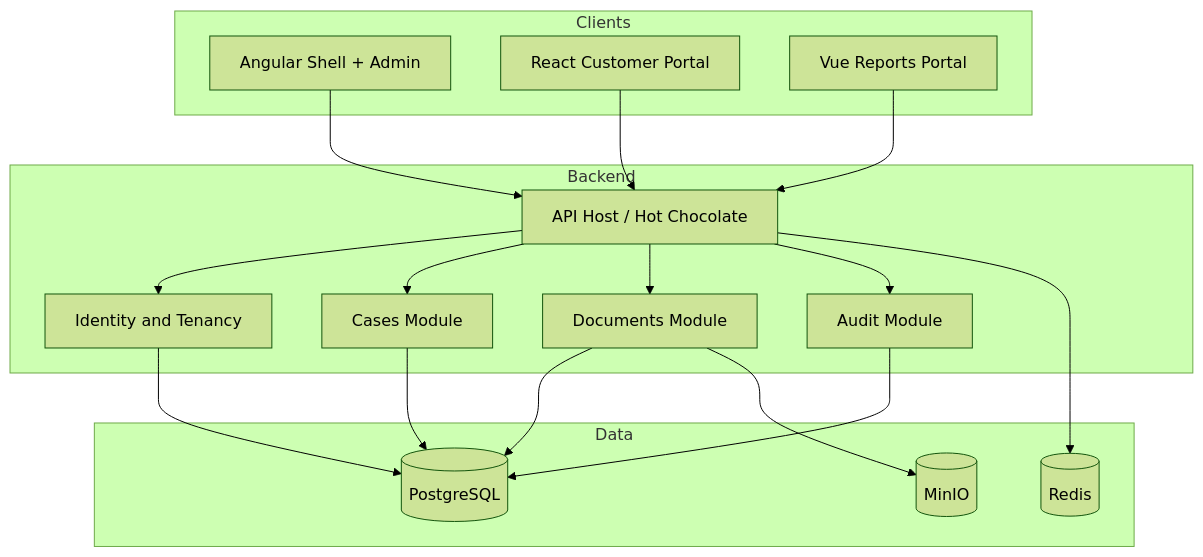
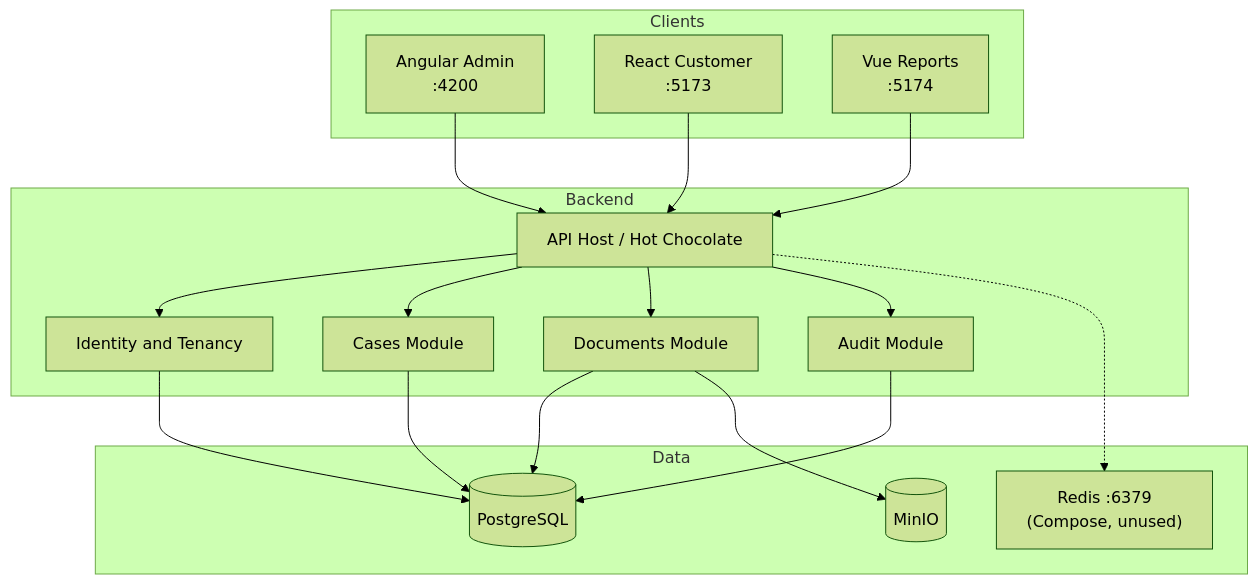
Before and after one commit to SDS37/kyc-multi-frontend: the second of 8 diagrams in docs/architecture.md, drawn with Mermaid (forest theme). The commit also changed other lines of this file and 20 other files, not shown here.

First line of the commit message:
docs: after-MVP wishlist and honest Redis/MediatR diagrams (#113)

````diff
--- a/docs/architecture.md
+++ b/docs/architecture.md
@@ -35,36 +39,36 @@
 ```mermaid
 flowchart TB
     subgraph Clients
-        Shell["Angular Shell + Admin"]
-        ReactApp["React Customer Portal"]
-        VueApp["Vue Reports Portal"]
+        Shell["Angular Admin<br/>:4200"]
+        ReactApp["React Customer<br/>:5173"]
+        VueApp["Vue Reports<br/>:5174"]
     end
 
     subgraph Backend
         API["API Host / Hot Chocolate"]
         Identity["Identity and Tenancy"]
         Cases["Cases Module"]
         DocsMod["Documents Module"]
         Audit["Audit Module"]
     end
 
     subgraph Data
         PG[(PostgreSQL)]
-        Redis[(Redis)]
+        Redis["Redis :6379<br/>(Compose, unused)"]
         Minio[(MinIO)]
     end
 
     Shell --> API
     ReactApp --> API
     VueApp --> API
     API --> Identity
     API --> Cases
     API --> DocsMod
     API --> Audit
     Identity --> PG
     Cases --> PG
     DocsMod --> PG
     DocsMod --> Minio
     Audit --> PG
-    API --> Redis
+    API -.-> Redis
 ```
````
